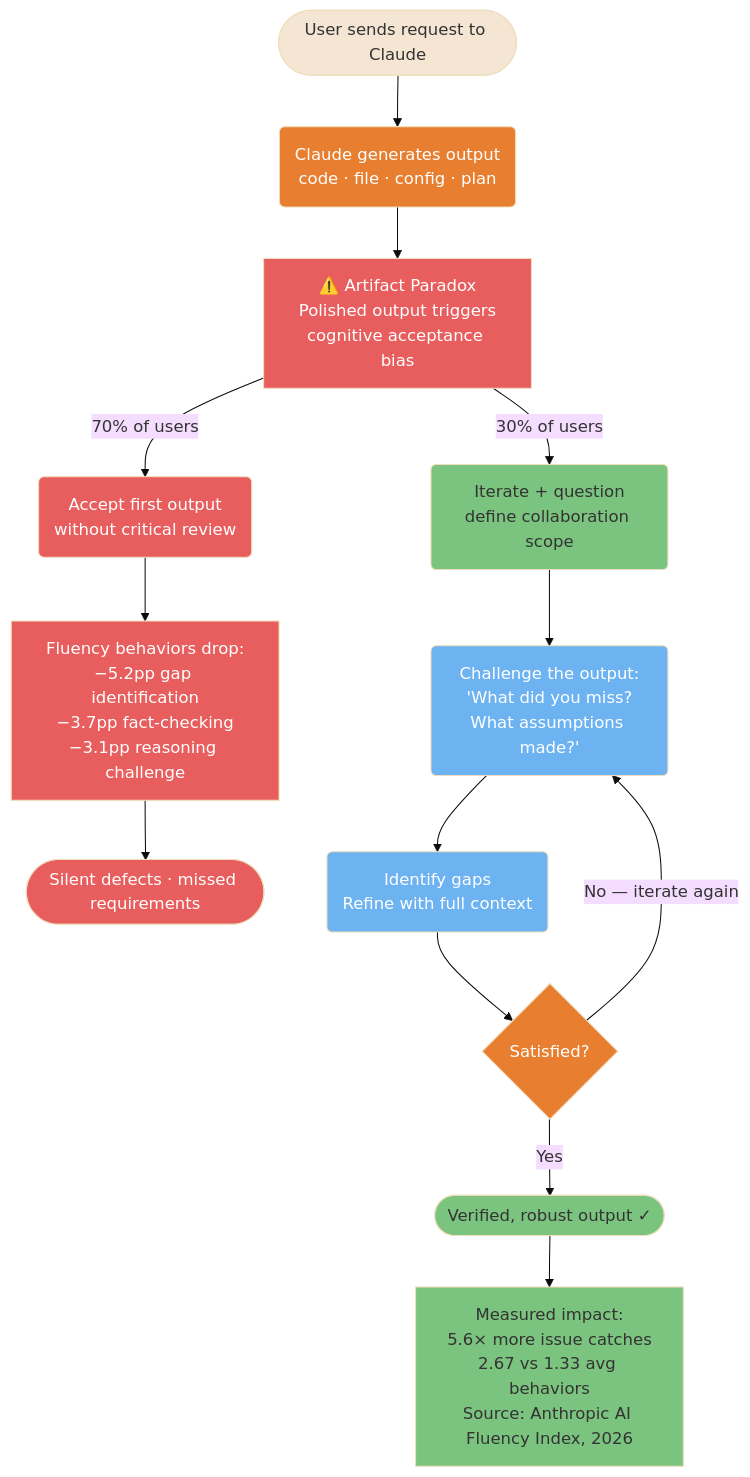
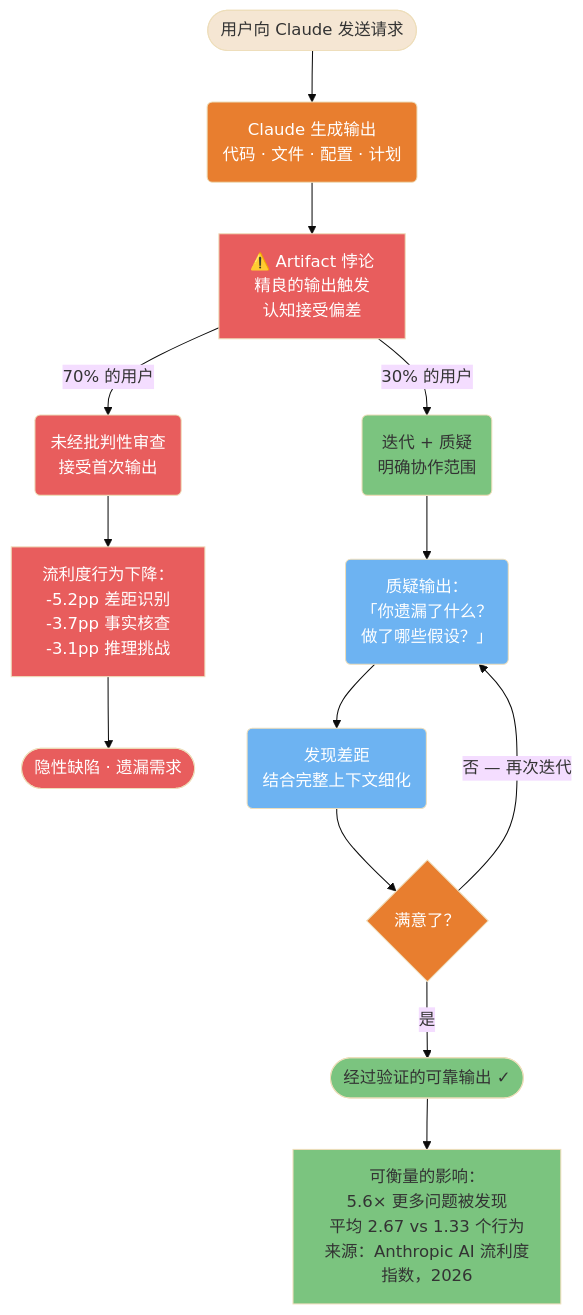
Before and after one commit to lawrencewzen/aispark-wiki: the fifth of 5 diagrams in claude-code/diagrams/06-development-workflows.md, drawn with Mermaid (base theme). The commit also changed other lines of this file and 82 other files, not shown here.

First line of the commit message:
feat: 完成 claude-code/ 目录全量中文翻译

````diff
--- a/claude-code/diagrams/06-development-workflows.md
+++ b/claude-code/diagrams/06-development-workflows.md
@@ -326,45 +326,45 @@
 ```mermaid
 flowchart TD
-    A([User sends request to Claude]) --> B(Claude generates output<br/>code · file · config · plan)
-    B --> C["⚠️ Artifact Paradox<br/>Polished output triggers<br/>cognitive acceptance bias"]
+    A([用户向 Claude 发送请求]) --> B(Claude 生成输出<br/>代码 · 文件 · 配置 · 计划)
+    B --> C["⚠️ Artifact 悖论<br/>精良的输出触发<br/>认知接受偏差"]
 
-    C -->|"70% of users"| D(Accept first output<br/>without critical review)
-    C -->|"30% of users"| E(Iterate + question<br/>define collaboration scope)
+    C -->|"70% 的用户"| D(未经批判性审查<br/>接受首次输出)
+    C -->|"30% 的用户"| E(迭代 + 质疑<br/>明确协作范围)
 
-    D --> D1["Fluency behaviors drop:<br/>−5.2pp gap identification<br/>−3.7pp fact-checking<br/>−3.1pp reasoning challenge"]
-    D1 --> D2([Silent defects · missed requirements])
+    D --> D1["流利度行为下降：<br/>-5.2pp 差距识别<br/>-3.7pp 事实核查<br/>-3.1pp 推理挑战"]
+    D1 --> D2([隐性缺陷 · 遗漏需求])
 
-    E --> E1("Challenge the output:<br/>'What did you miss?<br/>What assumptions made?'")
-    E1 --> E2(Identify gaps<br/>Refine with full context)
-    E2 --> E3{Satisfied?}
-    E3 -->|No — iterate again| E1
-    E3 -->|Yes| E4([Verified, robust output ✓])
+    E --> E1("质疑输出：<br/>「你遗漏了什么？<br/>做了哪些假设？」")
+    E1 --> E2(发现差距<br/>结合完整上下文细化)
+    E2 --> E3{满意了？}
+    E3 -->|否 — 再次迭代| E1
+    E3 -->|是| E4([经过验证的可靠输出 ✓])
 
-    E4 --> G["Measured impact:<br/>5.6× more issue catches<br/>2.67 vs 1.33 avg behaviors<br/>Source: Anthropic AI Fluency Index, 2026"]
+    E4 --> G["可衡量的影响：<br/>5.6× 更多问题被发现<br/>平均 2.67 vs 1.33 个行为<br/>来源：Anthropic AI 流利度指数，2026"]
 
     style A fill:#F5E6D3,color:#333
     style B fill:#E87E2F,color:#fff
     style C fill:#E85D5D,color:#fff
     style D fill:#E85D5D,color:#fff
     style D1 fill:#E85D5D,color:#fff
     style D2 fill:#E85D5D,color:#fff
     style E fill:#7BC47F,color:#333
     style E1 fill:#6DB3F2,color:#fff
     style E2 fill:#6DB3F2,color:#fff
     style E3 fill:#E87E2F,color:#fff
     style E4 fill:#7BC47F,color:#333
     style G fill:#7BC47F,color:#333
 
-    click A href "https://www.anthropic.com/research/AI-fluency-index" "AI Fluency Index — Anthropic 2026"
-    click B href "https://github.com/claude-code-ultimate-guide/claude-code-ultimate-guide/blob/main/guide/ultimate-guide.md#common-pitfalls--best-practices" "Claude generates output"
-    click C href "https://www.anthropic.com/research/AI-fluency-index" "Artifact Paradox — Anthropic AI Fluency Index"
-    click D href "https://github.com/claude-code-ultimate-guide/claude-code-ultimate-guide/blob/main/guide/ultimate-guide.md#common-pitfalls--best-practices" "Accept without review"
-    click D1 href "https://www.anthropic.com/research/AI-fluency-index" "Fluency behaviors drop"
-    click D2 href "https://github.com/claude-code-ultimate-guide/claude-code-ultimate-guide/blob/main/guide/ultimate-guide.md#common-pitfalls--best-practices" "Silent defects"
-    click E href "https://github.com/claude-code-ultimate-guide/claude-code-ultimate-guide/blob/main/guide/ultimate-guide.md#23-plan-mode" "Iterate and question"
-    click E1 href "https://github.com/claude-code-ultimate-guide/claude-code-ultimate-guide/blob/main/guide/ultimate-guide.md#rev-the-engine" "Challenge the output"
-    click E2 href "https://github.com/claude-code-ultimate-guide/claude-code-ultimate-guide/blob/main/guide/workflows/iterative-refinement.md" "Identify gaps and refine"
-    click E3 href "https://github.com/claude-code-ultimate-guide/claude-code-ultimate-guide/blob/main/guide/workflows/iterative-refinement.md" "Satisfied?"
-    click E4 href "https://github.com/claude-code-ultimate-guide/claude-code-ultimate-guide/blob/main/guide/workflows/iterative-refinement.md" "Verified output"
-    click G href "https://www.anthropic.com/research/AI-fluency-index" "Measured impact — AI Fluency Index"
+    click A href "https://www.anthropic.com/research/AI-fluency-index" "AI 流利度指数 — Anthropic 2026"
+    click B href "https://github.com/claude-code-ultimate-guide/claude-code-ultimate-guide/blob/main/guide/ultimate-guide.md#common-pitfalls--best-practices" "Claude 生成输出"
+    click C href "https://www.anthropic.com/research/AI-fluency-index" "Artifact 悖论 — Anthropic AI 流利度指数"
+    click D href "https://github.com/claude-code-ultimate-guide/claude-code-ultimate-guide/blob/main/guide/ultimate-guide.md#common-pitfalls--best-practices" "未经审查接受"
+    click D1 href "https://www.anthropic.com/research/AI-fluency-index" "流利度行为下降"
+    click D2 href "https://github.com/claude-code-ultimate-guide/claude-code-ultimate-guide/blob/main/guide/ultimate-guide.md#common-pitfalls--best-practices" "隐性缺陷"
+    click E href "https://github.com/claude-code-ultimate-guide/claude-code-ultimate-guide/blob/main/guide/ultimate-guide.md#23-plan-mode" "迭代并质疑"
+    click E1 href "https://github.com/claude-code-ultimate-guide/claude-code-ultimate-guide/blob/main/guide/ultimate-guide.md#rev-the-engine" "质疑输出"
+    click E2 href "https://github.com/claude-code-ultimate-guide/claude-code-ultimate-guide/blob/main/guide/workflows/iterative-refinement.md" "发现差距并细化"
+    click E3 href "https://github.com/claude-code-ultimate-guide/claude-code-ultimate-guide/blob/main/guide/workflows/iterative-refinement.md" "满意了？"
+    click E4 href "https://github.com/claude-code-ultimate-guide/claude-code-ultimate-guide/blob/main/guide/workflows/iterative-refinement.md" "经过验证的输出"
+    click G href "https://www.anthropic.com/research/AI-fluency-index" "可衡量的影响 — AI 流利度指数"
 ```
````
